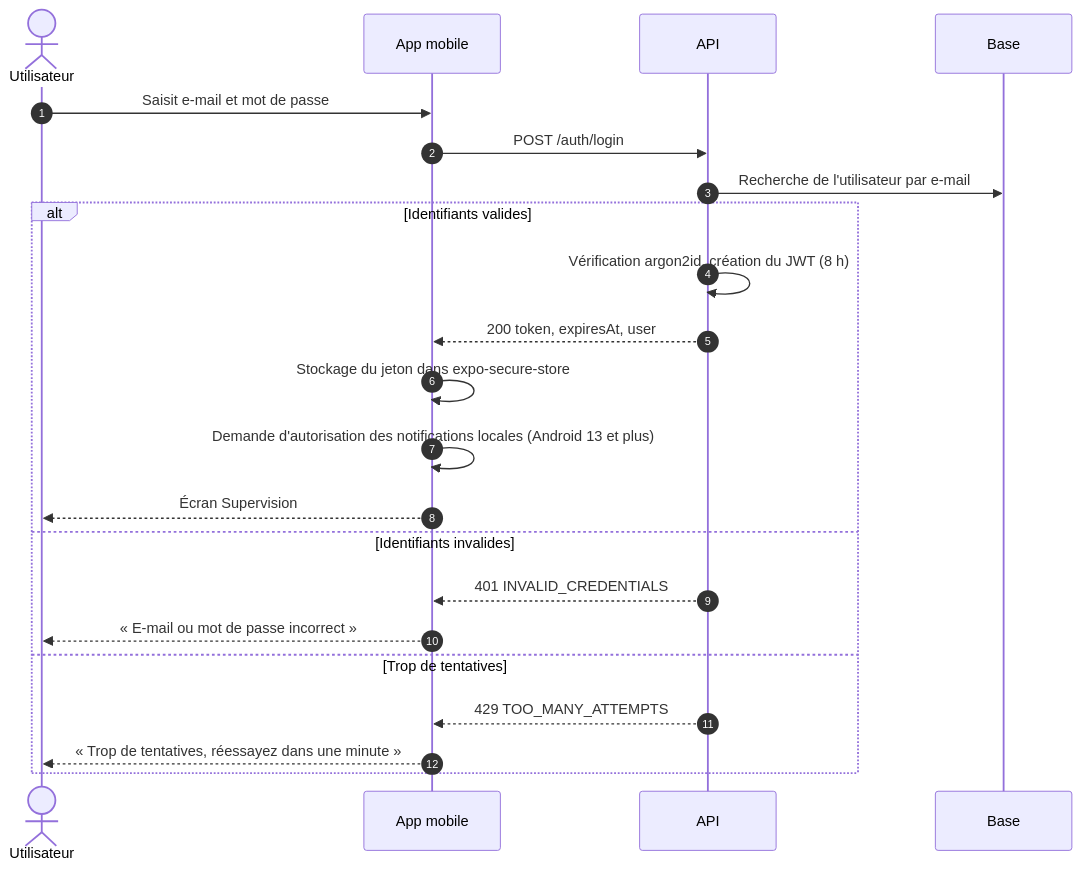
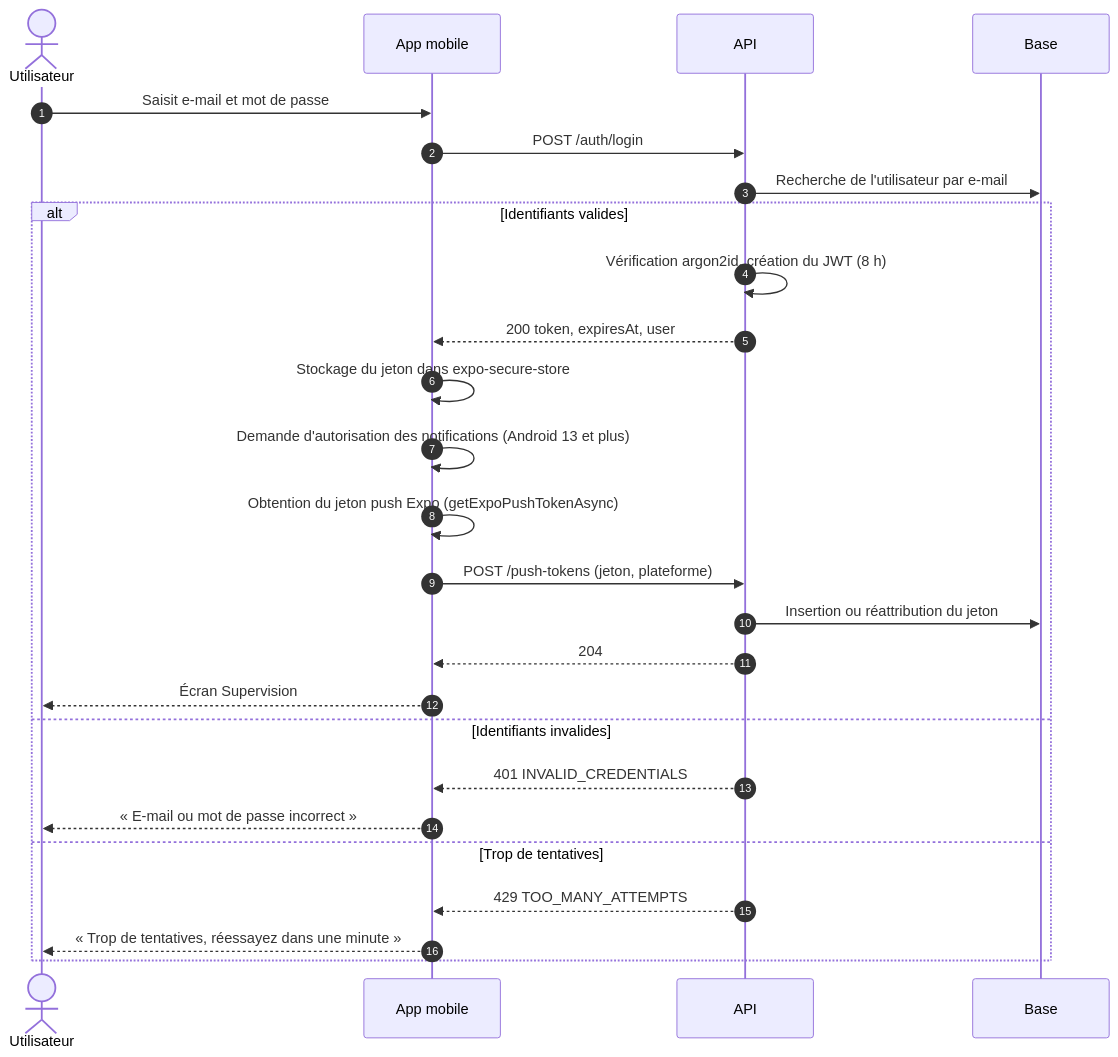
The third of 13 diagrams in docs/conception/02-uml.md (SamuelLnds/proj-app-mobile-co), drawn with Mermaid before and after one commit. The commit also changed other lines of this file and 59 other files, not shown here.

Commit message:
feat(api): remplace ntfy par le push Expo et les notifications locales

````diff
--- a/docs/conception/02-uml.md
+++ b/docs/conception/02-uml.md
@@ -210,25 +216,29 @@
 ```mermaid
 sequenceDiagram
   autonumber
   actor U as Utilisateur
   participant App as App mobile
   participant API as API
   participant DB as Base
 
   U->>App: Saisit e-mail et mot de passe
   App->>API: POST /auth/login
   API->>DB: Recherche de l'utilisateur par e-mail
   alt Identifiants valides
     API->>API: Vérification argon2id, création du JWT (8 h)
     API-->>App: 200 token, expiresAt, user
     App->>App: Stockage du jeton dans expo-secure-store
-    App->>App: Demande d'autorisation des notifications locales (Android 13 et plus)
+    App->>App: Demande d'autorisation des notifications (Android 13 et plus)
+    App->>App: Obtention du jeton push Expo (getExpoPushTokenAsync)
+    App->>API: POST /push-tokens (jeton, plateforme)
+    API->>DB: Insertion ou réattribution du jeton
+    API-->>App: 204
     App-->>U: Écran Supervision
   else Identifiants invalides
     API-->>App: 401 INVALID_CREDENTIALS
     App-->>U: « E-mail ou mot de passe incorrect »
   else Trop de tentatives
     API-->>App: 429 TOO_MANY_ATTEMPTS
     App-->>U: « Trop de tentatives, réessayez dans une minute »
   end
 ```
````
